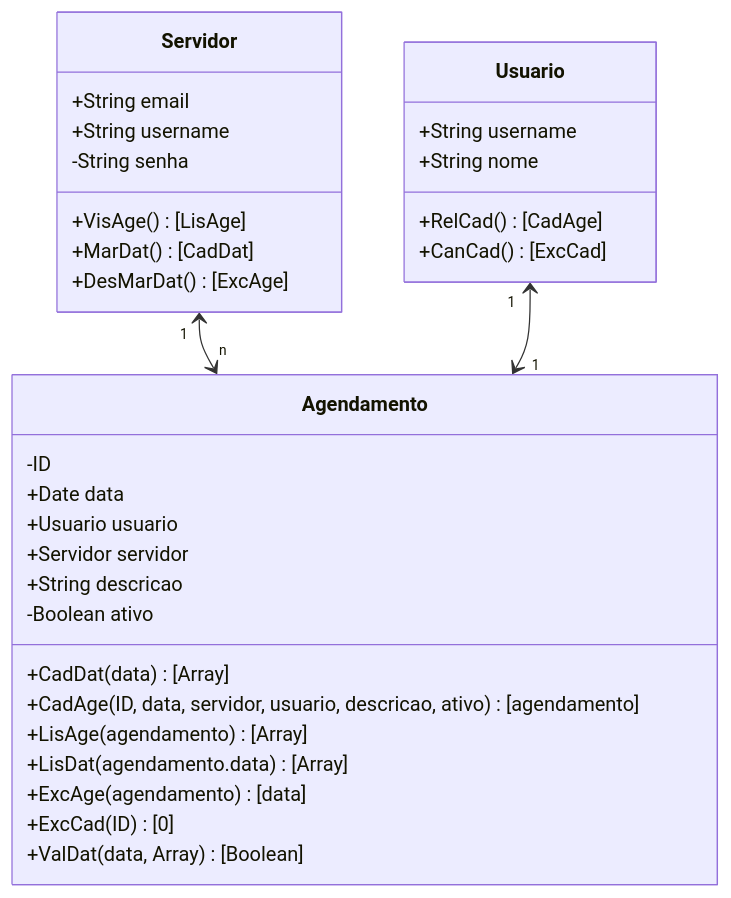
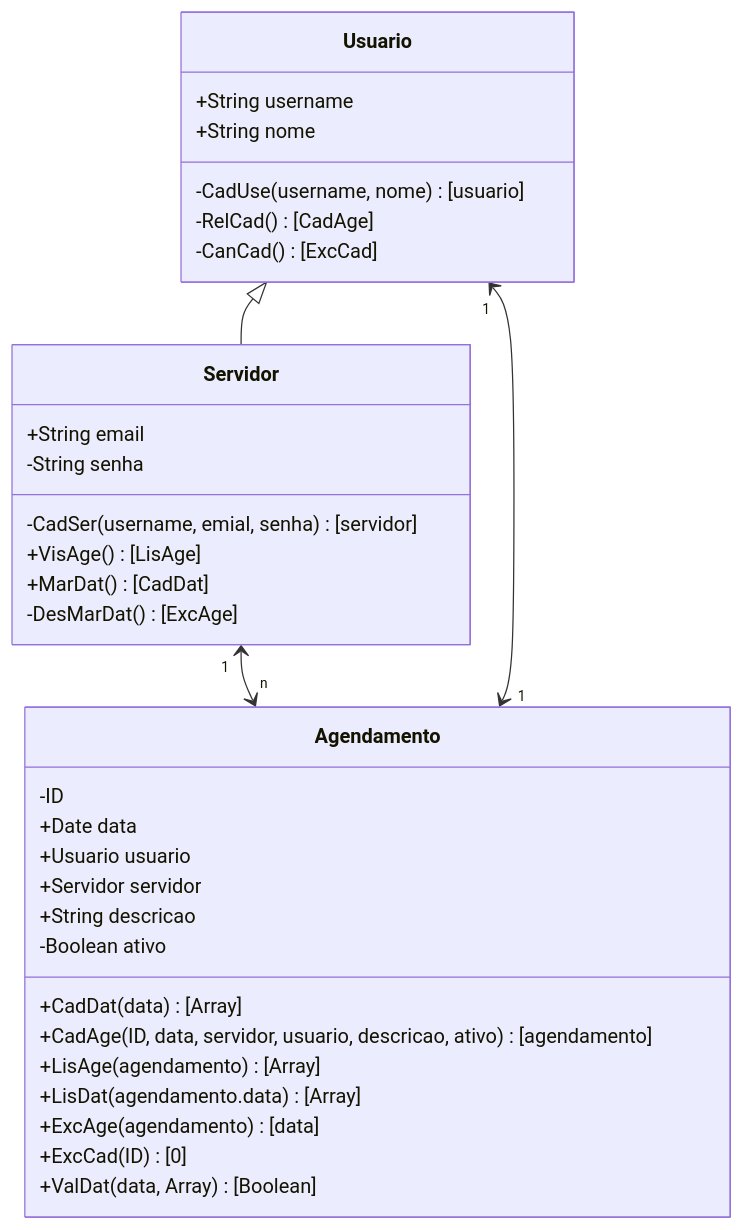
One commit to Gedsonfa/ScheduleSphere changed the diagram in Documentacao/README.md. Above: the diagram before and after it, drawn with Mermaid.

Commit message:
Diagrama de Classes

````diff
--- a/Documentacao/README.md
+++ b/Documentacao/README.md
@@ -1,36 +1,38 @@
 ```mermaid
 
     classDiagram
     class Servidor
     Servidor : +String email
-    Servidor : +String username
     Servidor : -String senha
+    Servidor : -CadSer(username, emial, senha)[servidor]
     Servidor : +VisAge()[LisAge]
     Servidor : +MarDat()[CadDat]
-    Servidor : +DesMarDat()[ExcAge]
+    Servidor : -DesMarDat()[ExcAge]
 
     class Agendamento
     Agendamento : -ID
     Agendamento : +Date data
     Agendamento : +Usuario usuario
     Agendamento : +Servidor servidor
     Agendamento : +String descricao
     Agendamento : -Boolean ativo
     Agendamento : +CadDat(data)[Array]
     Agendamento : +CadAge(ID, data, servidor, usuario, descricao, ativo)[agendamento]
     Agendamento : +LisAge(agendamento)[Array]
     Agendamento : +LisDat(agendamento.data)[Array]
     Agendamento : +ExcAge(agendamento)[data]
     Agendamento : +ExcCad(ID)[0]
     Agendamento : +ValDat(data, Array)[Boolean]
 
     class Usuario
     Usuario : +String username
     Usuario : +String nome
-    Usuario : +RelCad()[CadAge]
-    Usuario : +CanCad()[ExcCad]
+    Usuario : -CadUse(username, nome)[usuario]
+    Usuario : -RelCad()[CadAge]
+    Usuario : -CanCad()[ExcCad]
 
+    Usuario <|-- Servidor
     Servidor "1" <--> "n" Agendamento
     Usuario "1" <--> "1" Agendamento
 
 ```
````
